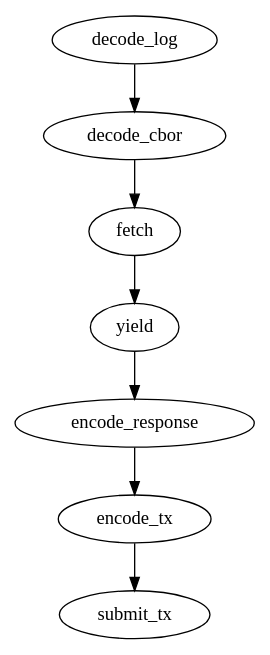
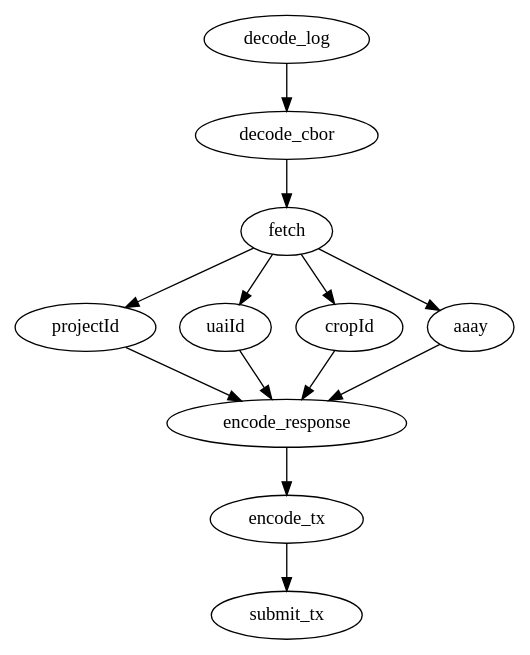
One commit to etherisc/gif-contracts changed the diagram in chainlink/jobs/lccc.dot. Above: the diagram before and after it, drawn with Graphviz. The commit also changed 1 other file, not shown here.

```diff
--- a/chainlink/jobs/lccc.dot
+++ b/chainlink/jobs/lccc.dot
@@ -1,68 +1,74 @@
 digraph {
 //
 // Chainlink Job definition for the ratings oracle
 //
 // First, we parse the request log and the CBOR payload inside of it
 decode_log [
     type="ethabidecodelog"
     abi="OracleRequest(bytes32 indexed specId, address requester, bytes32 requestId, uint256 payment, address callbackAddr, bytes4 callbackFunctionId, uint256 cancelExpiration, uint256 dataVersion, bytes data)"
     data="$(jobRun.logData)"
     topics="$(jobRun.logTopics)"
     ]
 
 // The result of the following element is a map
 decode_cbor [
     type="cborparse"
     data="$(decode_log.data)"
     mode="diet"
     ]
 
 // Then, we use the decoded request parameters to make an HTTP fetch
 fetch [
     type="http"
     method=POST
-    requestData="{\"projectId\": $(decode_cbor.projectId), \"cropId\": $(decode_cbor.cropId), \"uaiId\": $(decode_cbor.uaiId), }"
+    requestData="{\"projectId\": $(decode_cbor.projectId), \"cropId\": $(decode_cbor.cropId), \"uaiId\": $(decode_cbor.uaiId)}"
     url="https://lccc.etherisc.com/yield"
     ]
 
 
 // From the fetch result, we parse out the individual elements
-yield [ type="jsonparse" data="$(fetch)" path="yield" ]
+projectId [ type="jsonparse" data="$(fetch)" path="projectId" ]
+uaiId [ type="jsonparse" data="$(fetch)" path="uaiId" ]
+cropId [ type="jsonparse" data="$(fetch)" path="cropId" ]
+aaay [ type="jsonparse" data="$(fetch)" path="aaay" ]
 
 
 // Finally, we send a response on-chain.
 // The abi is the abi of the fulfill function in the receiving contract.
 encode_response [
 type="ethabiencode"
-abi="(bytes32 requestId, bool completed, uint256 deductible, uint256 hurdle, uint256 payout)"
-data="{\"requestId\": $(decode_log.requestId), \"yield\": $(yield)}"
+abi="(bytes32 requestId, bytes32 projectId, bytes32 uaiId, bytes32 cropId, uint256 aaay)"
+data="{\"requestId\": $(decode_log.requestId), \"projectId\": $(projectId), \"uaiId\": $(uaiId), \"cropId\": $(cropId), \"aaay\": $(aaay)}"
 ]
 
 encode_tx [
 type="ethabiencode"
 abi="fulfillOracleRequest2(bytes32 requestId, uint256 payment, address callbackAddress, bytes4 callbackFunctionId, uint256 expiration, bytes calldata data)"
 data="{\"requestId\": $(decode_log.requestId), \"payment\": $(decode_log.payment), \"callbackAddress\": $(decode_log.callbackAddr), \"callbackFunctionId\": $(decode_log.callbackFunctionId), \"expiration\": $(decode_log.cancelExpiration), \"data\": $(encode_response)}"
 ]
 //function fulfillOracleRequest(
  //    bytes32 requestId,
  //    uint256 payment,
  //    address callbackAddress,
  //    bytes4 callbackFunctionId,
  //    uint256 expiration,
  //    bytes32 data
  //  )
 submit_tx [
 type="ethtx"
 to="0x11B6838405f7fd78f4e1501b37D78eCB4e411795"
 data="$(encode_tx)"
 ]
 
 // Dependency graph
 
 decode_log -> decode_cbor -> fetch
 
-fetch -> yield -> encode_response
+fetch -> aaay -> encode_response
+fetch -> projectId -> encode_response
+fetch -> uaiId -> encode_response
+fetch -> cropId -> encode_response
 
 encode_response -> encode_tx -> submit_tx
 
 } //digraph
```
